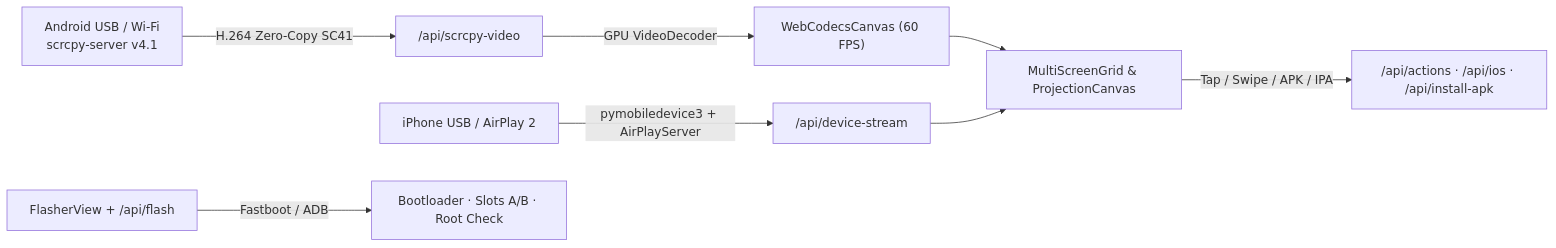
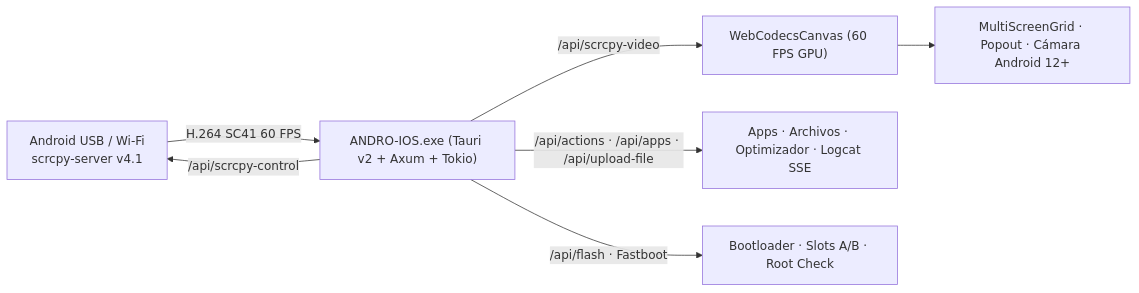
Before and after one commit to emmahiguita/AndroProject_Dev: the diagram in README.md, drawn with Mermaid. The commit also changed other lines of this file and 11 other files, not shown here.

Commit message:
feat(camera): add universal Android 12+ camera controls (facing, size, torch, list_cameras) & update docs to 100% Rust v3.3.0

````diff
--- a/README.md
+++ b/README.md
@@ -68,10 +68,9 @@
 ```mermaid
 flowchart LR
-  ANDROID["Android USB / Wi-Fi<br/>scrcpy-server v4.1"] -->|H.264 Zero-Copy SC41| VSTREAM["/api/scrcpy-video"]
-  VSTREAM -->|GPU VideoDecoder| WEBCODECS["WebCodecsCanvas (60 FPS)"]
-  IPHONE["iPhone USB / AirPlay 2"] -->|pymobiledevice3 + AirPlayServer| ISTREAM["/api/device-stream"]
-  WEBCODECS --> GRID["MultiScreenGrid & ProjectionCanvas"]
-  ISTREAM --> GRID
-  GRID -->|Tap / Swipe / APK / IPA| ACTIONS["/api/actions · /api/ios · /api/install-apk"]
-  FLASH["FlasherView + /api/flash"] -->|Fastboot / ADB| BOOT["Bootloader · Slots A/B · Root Check"]
+  ANDROID["Android USB / Wi-Fi<br/>scrcpy-server v4.1"] -->|H.264 SC41 60 FPS| RUST["ANDRO-IOS.exe (Tauri v2 + Axum + Tokio)"]
+  RUST -->|/api/scrcpy-video| WEBCODECS["WebCodecsCanvas (60 FPS GPU)"]
+  RUST -->|/api/scrcpy-control| ANDROID
+  WEBCODECS --> GRID["MultiScreenGrid · Popout · Cámara Android 12+"]
+  RUST -->|/api/actions · /api/apps · /api/upload-file| TOOLS["Apps · Archivos · Optimizador · Logcat SSE"]
+  RUST -->|/api/flash · Fastboot| BOOT["Bootloader · Slots A/B · Root Check"]
 ```
````
